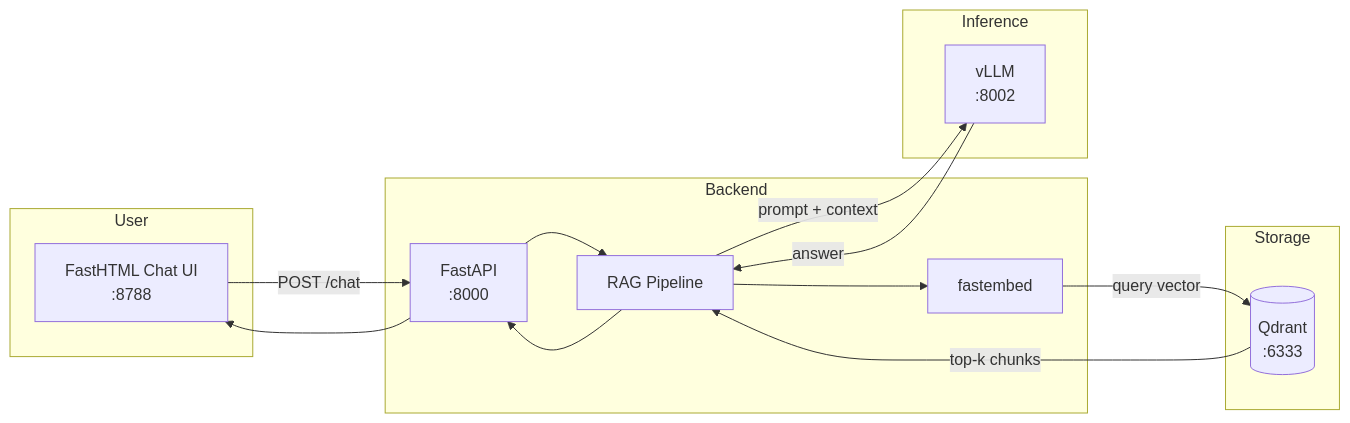
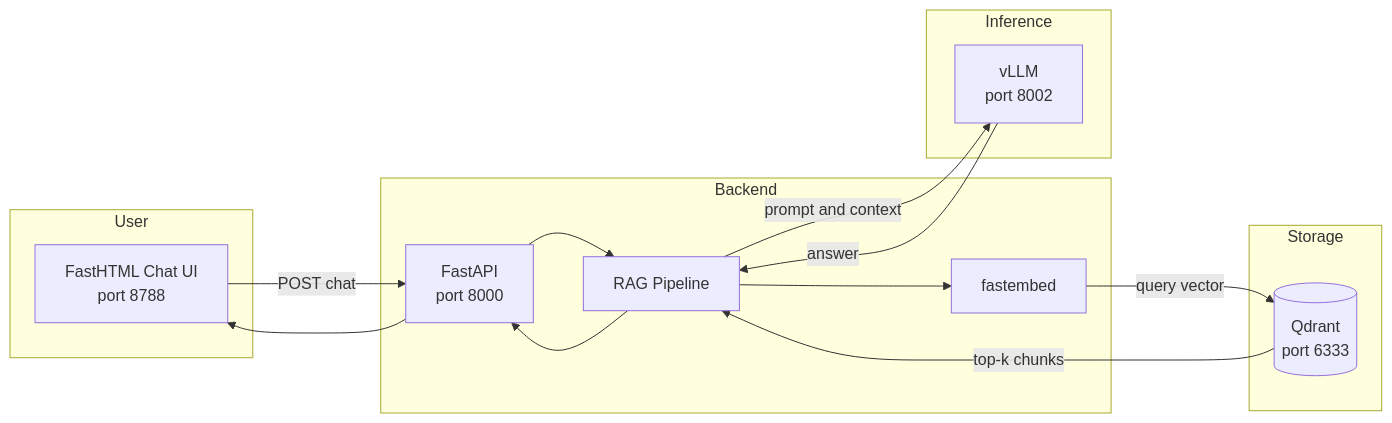
Before and after one commit to seCRet-blip/RAG-project: the first of 4 diagrams in README.md, drawn with Mermaid. The commit also changed other lines of this file, not shown here.

````diff
--- a/README.md
+++ b/README.md
@@ -35,30 +35,30 @@
 ```mermaid
 flowchart LR
-    subgraph User
-        UI[FastHTML Chat UI<br/>:8788]
+    subgraph userArea ["User"]
+        UI["FastHTML Chat UI<br/>port 8788"]
     end
 
-    subgraph Backend
-        API[FastAPI<br/>:8000]
+    subgraph backendArea ["Backend"]
+        API["FastAPI<br/>port 8000"]
         RAG[RAG Pipeline]
         EMB[fastembed]
     end
 
-    subgraph Storage
-        QD[(Qdrant<br/>:6333)]
+    subgraph storageArea ["Storage"]
+        QD[("Qdrant<br/>port 6333")]
     end
 
-    subgraph Inference
-        VLLM[vLLM<br/>:8002]
+    subgraph inferenceArea ["Inference"]
+        VLLM["vLLM<br/>port 8002"]
     end
 
-    UI -->|POST /chat| API
+    UI -->|POST chat| API
     API --> RAG
     RAG --> EMB
     EMB -->|query vector| QD
     QD -->|top-k chunks| RAG
-    RAG -->|prompt + context| VLLM
+    RAG -->|prompt and context| VLLM
     VLLM -->|answer| RAG
     RAG --> API
     API --> UI
 ```
````
